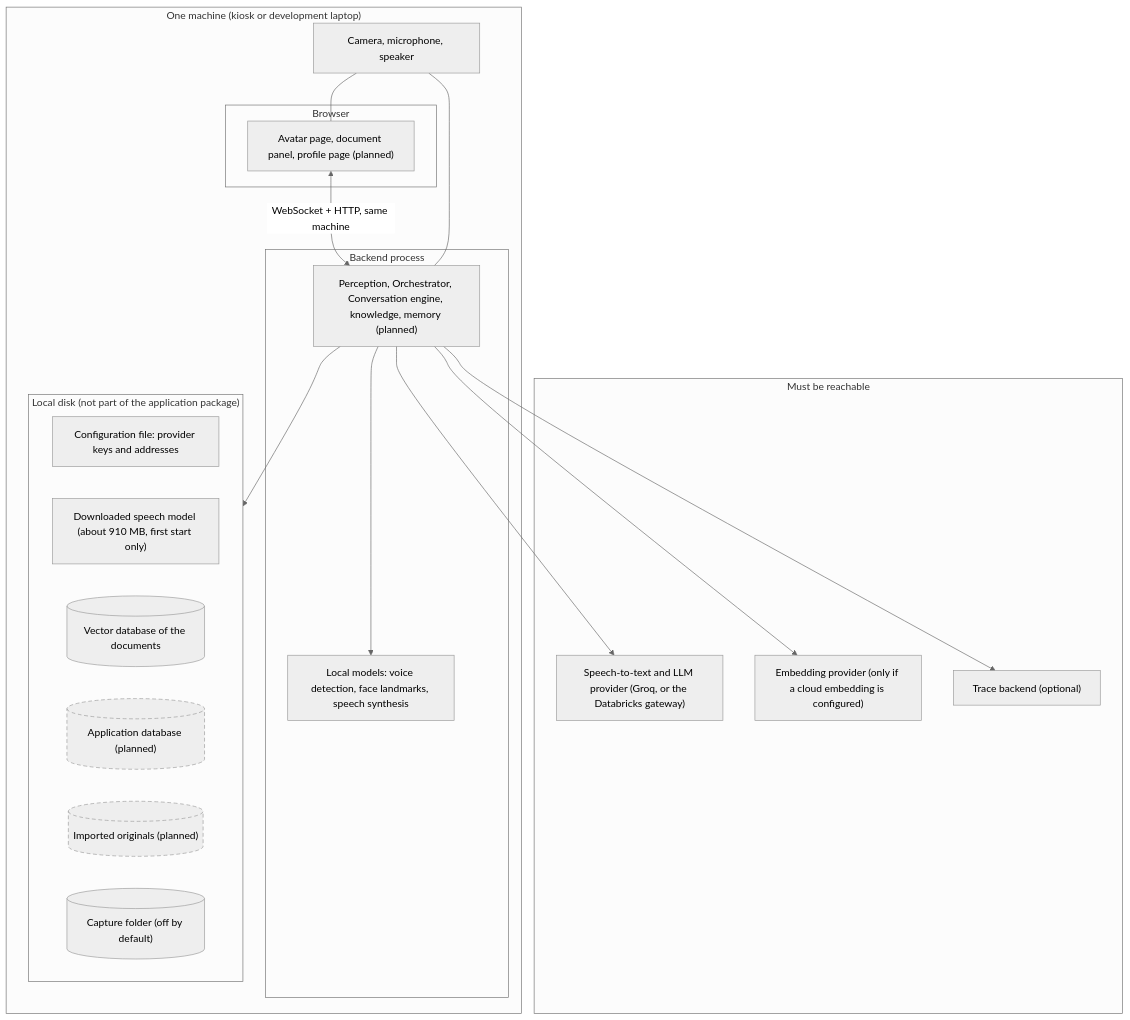
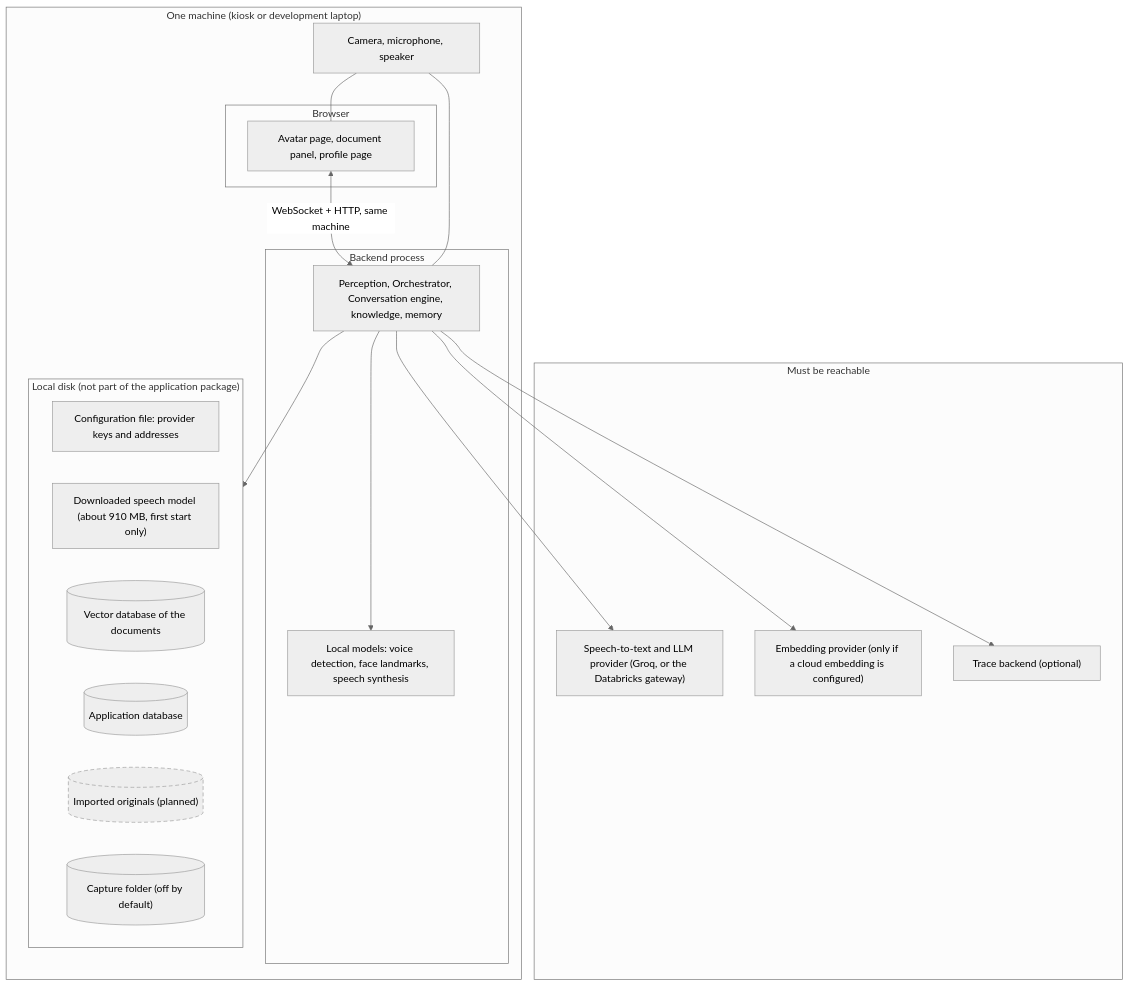
Before and after one commit to Learnheart/Avatar_AI: the ninth of 9 diagrams in docs/ARCHITECTURE.md, drawn with Mermaid (neutral theme). The commit also changed other lines of this file and 6 other files, not shown here.

First line of the commit message:
docs(update docs): document the application database and the memory

````diff
--- a/docs/ARCHITECTURE.md
+++ b/docs/ARCHITECTURE.md
@@ -517,39 +528,39 @@
 ```mermaid
 flowchart TB
     subgraph MACHINE["One machine (kiosk or development laptop)"]
         subgraph BROWSER["Browser"]
-            page["Avatar page, document panel, profile page (planned)"]
+            page["Avatar page, document panel, profile page"]
         end
         subgraph PROC["Backend process"]
-            app["Perception, Orchestrator, Conversation engine, knowledge, memory (planned)"]
+            app["Perception, Orchestrator, Conversation engine, knowledge, memory"]
             local["Local models: voice detection, face landmarks, speech synthesis"]
         end
         subgraph DISK["Local disk (not part of the application package)"]
             cfg["Configuration file: provider keys and addresses"]
             weights["Downloaded speech model (about 910 MB, first start only)"]
             kdb[("Vector database of the documents")]
-            appdb[("Application database (planned)")]
+            appdb[("Application database")]
             objects[("Imported originals (planned)")]
             cap[("Capture folder (off by default)")]
         end
         cam["Camera, microphone, speaker"]
     end
 
     subgraph NET["Must be reachable"]
         providers["Speech-to-text and LLM provider (Groq, or the Databricks gateway)"]
         emb["Embedding provider (only if a cloud embedding is configured)"]
         otlp["Trace backend (optional)"]
     end
 
     page <-->|"WebSocket + HTTP, same machine"| app
     cam --- page
     cam --- app
     app --> local
     app --> DISK
     app --> providers
     app --> emb
     app --> otlp
 
     classDef planned stroke-dasharray: 6 4
-    class appdb,objects planned
+    class objects planned
 ```
````
